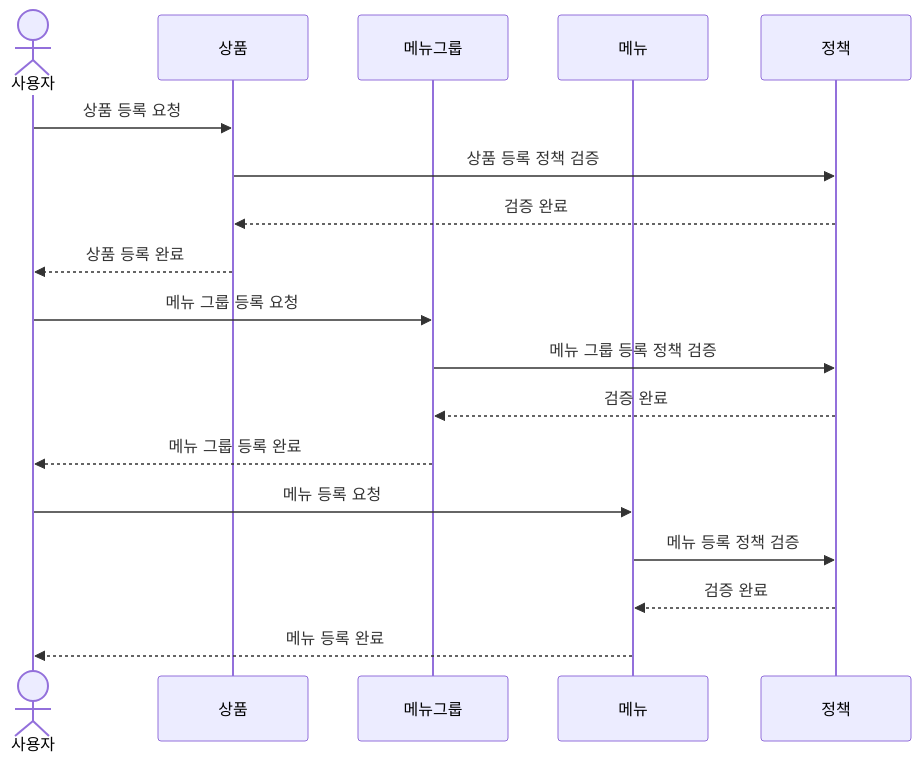
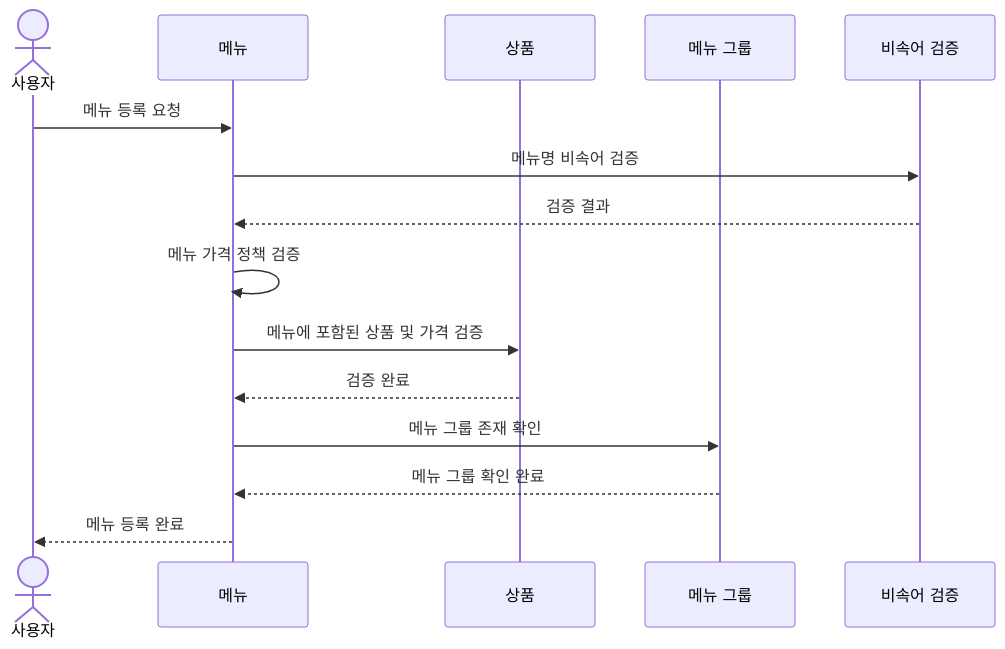
Before and after one commit to dkswnkk/ddd-strategic-design: the third of 22 diagrams in README.md, drawn with Mermaid. The commit also changed other lines of this file, not shown here.

````diff
--- a/README.md
+++ b/README.md
@@ -180,21 +215,17 @@
 ```mermaid
 sequenceDiagram
     actor User as 사용자
+    participant Menu as 메뉴
     participant Product as 상품
-    participant MenuGroup as 메뉴그룹
-    participant Menu as 메뉴
-    participant Policy as 정책
-    User ->> Product: 상품 등록 요청
-    Product ->> Policy: 상품 등록 정책 검증
-    Policy -->> Product: 검증 완료
-    Product -->> User: 상품 등록 완료
-    User ->> MenuGroup: 메뉴 그룹 등록 요청
-    MenuGroup ->> Policy: 메뉴 그룹 등록 정책 검증
-    Policy -->> MenuGroup: 검증 완료
-    MenuGroup -->> User: 메뉴 그룹 등록 완료
+    participant MenuGroup as 메뉴 그룹
+    participant ProfanityCheck as 비속어 검증
     User ->> Menu: 메뉴 등록 요청
-    Menu ->> Policy: 메뉴 등록 정책 검증
-    Policy -->> Menu: 검증 완료
+    Menu ->> ProfanityCheck: 메뉴명 비속어 검증
+    ProfanityCheck -->> Menu: 검증 결과
+    Menu ->> Menu: 메뉴 가격 정책 검증
+    Menu ->> Product: 메뉴에 포함된 상품 및 가격 검증
+    Product -->> Menu: 검증 완료
+    Menu ->> MenuGroup: 메뉴 그룹 존재 확인
+    MenuGroup -->> Menu: 메뉴 그룹 확인 완료
     Menu -->> User: 메뉴 등록 완료
-
 ```
````
